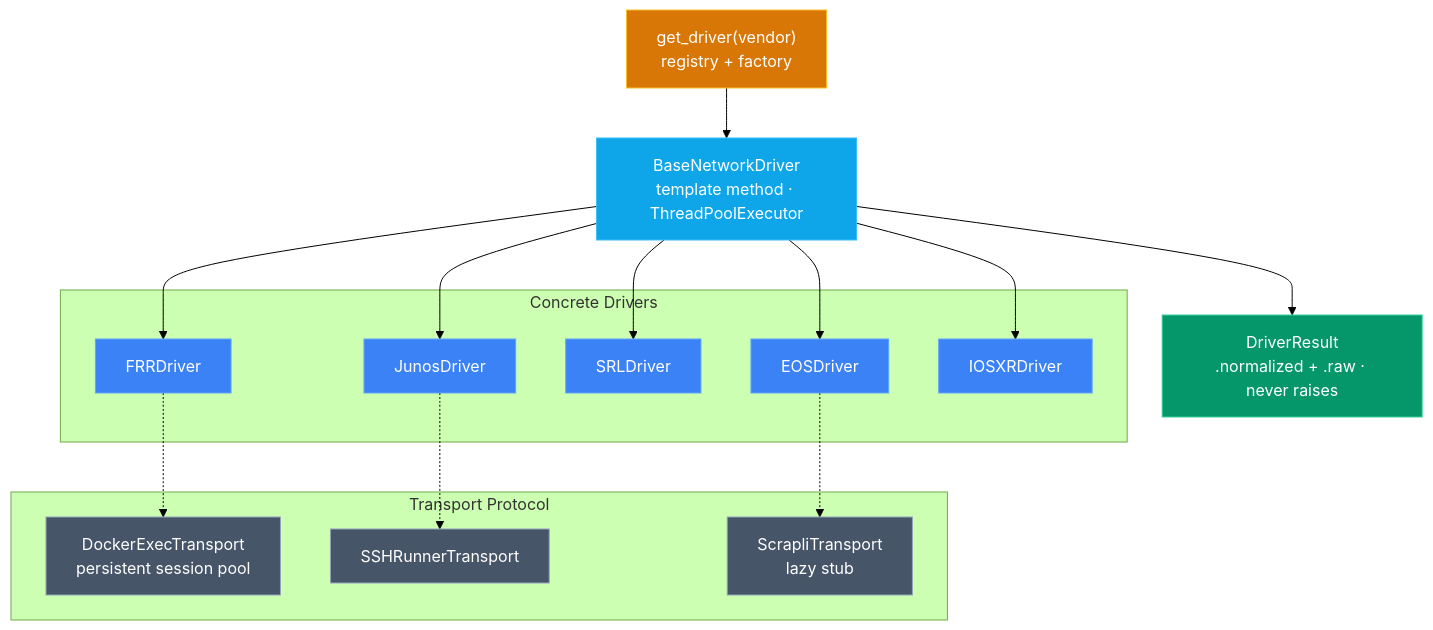
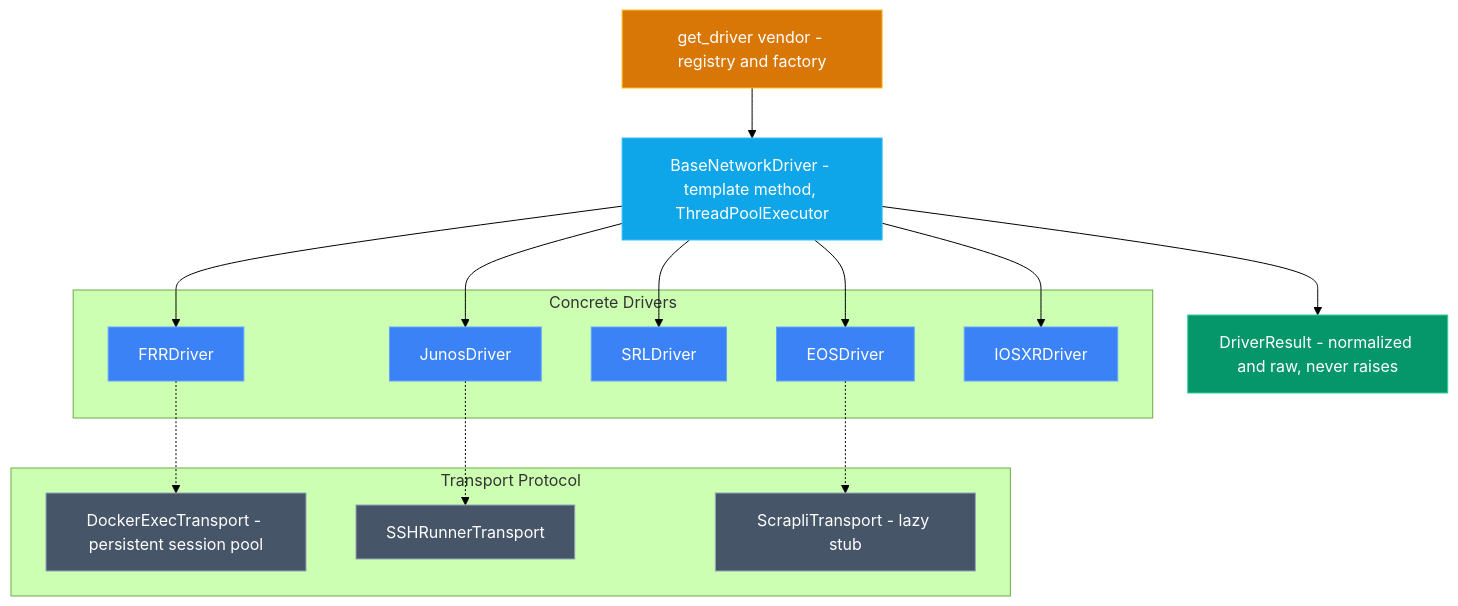
One commit to gesh75/multivendor-ai-network-lab changed the fifth of 6 diagrams in docs/ARCHITECTURE.md. Above: the diagram before and after it, drawn with Mermaid (forest theme). The commit also changed other lines of this file and 1 other file, not shown here.

Commit message:
docs: harden mermaid diagrams for reliable GitHub rendering

````diff
--- a/docs/ARCHITECTURE.md
+++ b/docs/ARCHITECTURE.md
@@ -194,33 +194,33 @@
 ```mermaid
 flowchart TB
-    factory["get_driver(vendor)<br/>registry + factory"]:::accent
-    base["BaseNetworkDriver<br/>template method · ThreadPoolExecutor"]:::core
-    result["DriverResult<br/>.normalized + .raw · never raises"]:::data
+    factory["get_driver vendor - registry and factory"]:::accent
+    base["BaseNetworkDriver - template method, ThreadPoolExecutor"]:::core
+    result["DriverResult - normalized and raw, never raises"]:::data
 
     subgraph Drivers["Concrete Drivers"]
         frr["FRRDriver"]:::svc
         eos["EOSDriver"]:::svc
         srl["SRLDriver"]:::svc
         junos["JunosDriver"]:::svc
         xr["IOSXRDriver"]:::svc
     end
 
     subgraph Transports["Transport Protocol"]
-        dock["DockerExecTransport<br/>persistent session pool"]:::edge
+        dock["DockerExecTransport - persistent session pool"]:::edge
         ssh["SSHRunnerTransport"]:::edge
-        scrapli["ScrapliTransport<br/>lazy stub"]:::edge
+        scrapli["ScrapliTransport - lazy stub"]:::edge
     end
 
     factory --> base
     base --> frr & eos & srl & junos & xr
     base --> result
     frr -.-> dock
     junos -.-> ssh
     eos -.-> scrapli
 
     classDef accent fill:#d97706,stroke:#fbbf24,color:#fff
     classDef core fill:#0ea5e9,stroke:#38bdf8,color:#fff
     classDef svc fill:#3b82f6,stroke:#60a5fa,color:#fff
     classDef edge fill:#475569,stroke:#94a3b8,color:#fff
     classDef data fill:#059669,stroke:#34d399,color:#fff
 ```
````
